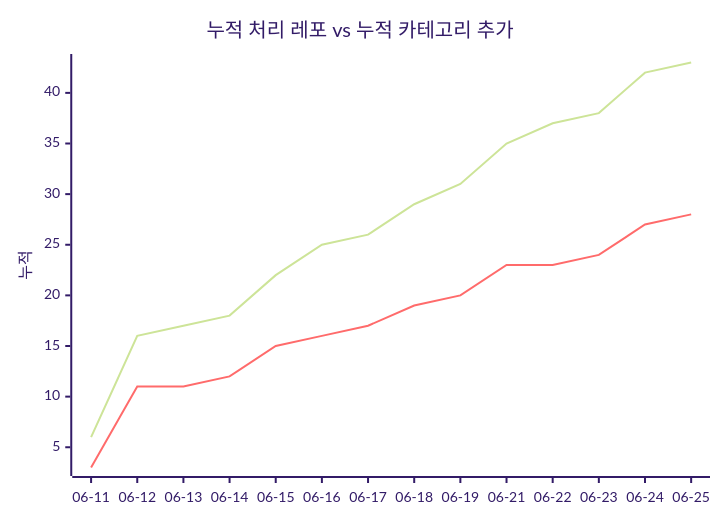
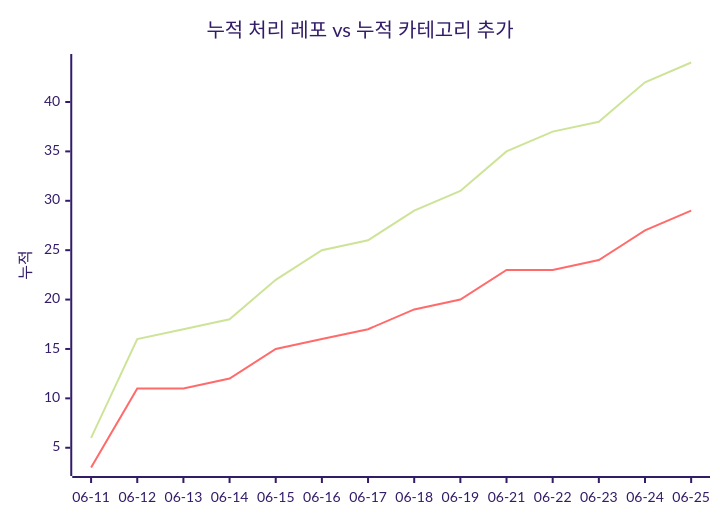
The second of 2 diagrams in docs/trends.md (J-nowcow/awesome-korean-agent-skills), drawn with Mermaid (forest theme) before and after one commit. The commit also changed other lines of this file and 4 other files, not shown here.

````diff
--- a/docs/trends.md
+++ b/docs/trends.md
@@ -68,8 +68,8 @@
 ```mermaid
 xychart-beta
     title "누적 처리 레포 vs 누적 카테고리 추가"
     x-axis ["06-11","06-12","06-13","06-14","06-15","06-16","06-17","06-18","06-19","06-21","06-22","06-23","06-24","06-25"]
     y-axis "누적"
-    line [6,16,17,18,22,25,26,29,31,35,37,38,42,43]
-    line [3,11,11,12,15,16,17,19,20,23,23,24,27,28]
+    line [6,16,17,18,22,25,26,29,31,35,37,38,42,44]
+    line [3,11,11,12,15,16,17,19,20,23,23,24,27,29]
 ```
````
